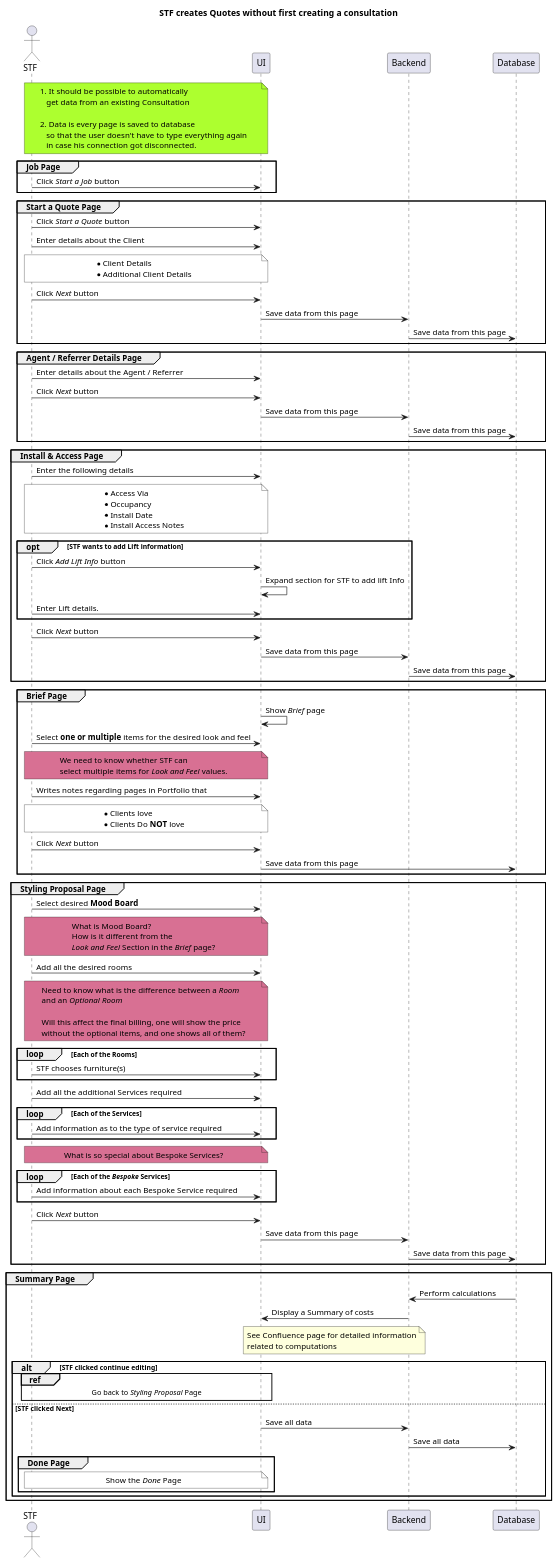
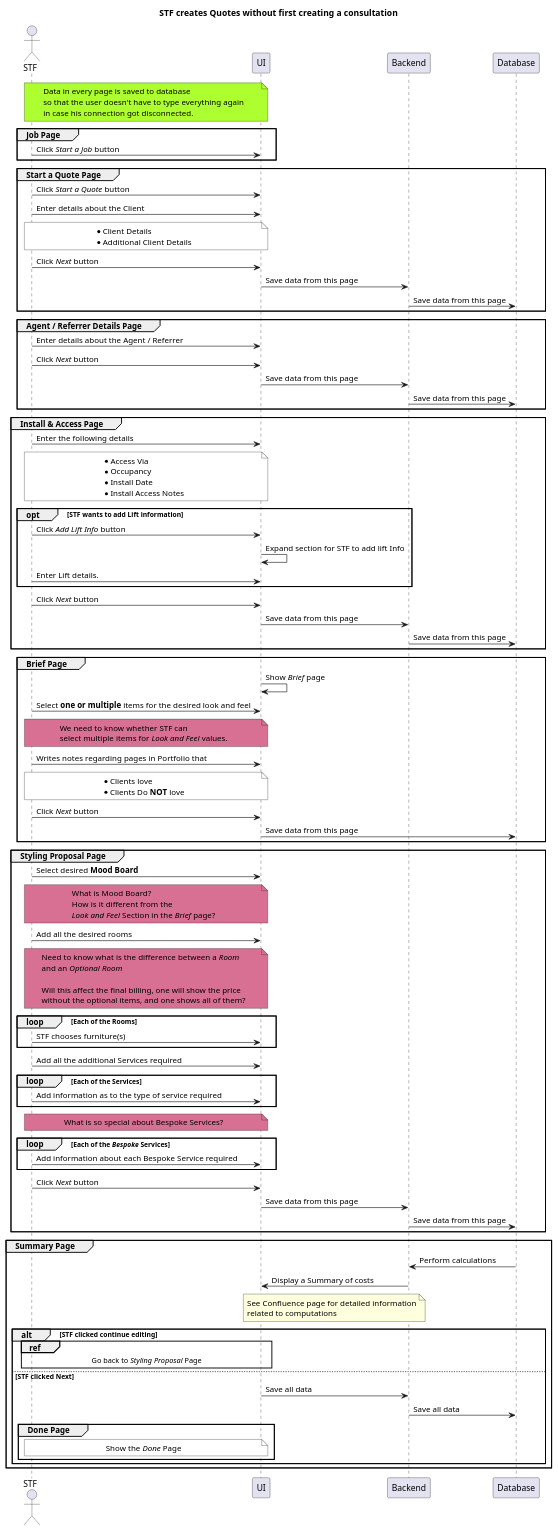
The diagram in STF/STF_CreateQuote_withoutConsultationFirst.pu (jpgacrama/NovariSpecs), drawn with PlantUML before and after one commit. The commit also changed 2 other files, not shown here.

Commit message:
master: Started to edit specs based on changes to flow

```diff
--- a/STF/STF_CreateQuote_withoutConsultationFirst.pu
+++ b/STF/STF_CreateQuote_withoutConsultationFirst.pu
@@ -3,149 +3,146 @@
 @startuml
 
     title STF creates Quotes without first creating a consultation
     
     actor "STF" as STF
     participant "UI" as UI
     participant "Backend" as Backend
     participant "Database" as Database
 
     note over STF, UI #GreenYellow
-        1. It should be possible to automatically
-           get data from an existing Consultation
-
-        2. Data is every page is saved to database
-           so that the user doesn't have to type everything again
-           in case his connection got disconnected.
+        Data in every page is saved to database
+        so that the user doesn't have to type everything again
+        in case his connection got disconnected.
     end note
 
     group Job Page 
         STF  -> UI: Click //Start a Job// button
     end group
     
     group Start a Quote Page
         STF -> UI: Click //Start a Quote// button
         STF -> UI: Enter details about the Client
 
         note over STF, UI #White
             * Client Details
             * Additional Client Details
         end note
 
         STF -> UI: Click //Next// button
         UI -> Backend: Save data from this page
         Backend -> Database: Save data from this page
     end group
 
     group Agent / Referrer Details Page
         STF -> UI: Enter details about the Agent / Referrer
         STF -> UI: Click //Next// button
         UI -> Backend: Save data from this page
         Backend -> Database: Save data from this page
     end group
 
     group Install & Access Page
         STF -> UI: Enter the following details
         note over STF, UI #White
             * Access Via
             * Occupancy 
             * Install Date
             * Install Access Notes
         end note
 
         opt STF wants to add Lift information
             STF -> UI: Click //Add Lift Info// button 
             UI -> UI: Expand section for STF to add lift Info
             STF -> UI: Enter Lift details.
         end
 
         STF -> UI: Click //Next// button
         UI -> Backend: Save data from this page
         Backend -> Database: Save data from this page
     end group
 
     group Brief Page
         UI -> UI: Show //Brief// page
         STF -> UI: Select **one or multiple** items for the desired look and feel
 
         note over STF, UI #PaleVioletRed
             We need to know whether STF can
             select multiple items for //Look and Feel// values.
         end note
         
         STF -> UI: Writes notes regarding pages in Portfolio that
         note over STF, UI #White
             * Clients love
             * Clients Do **NOT** love
         end note
 
         STF -> UI: Click //Next// button
         UI -> Database: Save data from this page
     end group
 
     group Styling Proposal Page
         STF -> UI: Select desired **Mood Board**
 
         note over STF, UI #PaleVioletRed
             What is Mood Board?
             How is it different from the
             //Look and Feel// Section in the //Brief// page?
         end note
 
         STF -> UI: Add all the desired rooms
 
         note over STF, UI #PaleVioletRed
             Need to know what is the difference between a //Room// 
             and an //Optional Room//
 
             Will this affect the final billing, one will show the price 
             without the optional items, and one shows all of them?
         end note
 
         loop Each of the Rooms
             STF -> UI: STF chooses furniture(s)
         end
 
         STF -> UI: Add all the additional Services required
 
         loop Each of the Services
             STF -> UI: Add information as to the type of service required
         end
 
         note over STF, UI #PaleVioletRed
             What is so special about Bespoke Services?
         end note
 
         loop Each of the //Bespoke// Services
             STF -> UI: Add information about each Bespoke Service required
         end note
 
         STF -> UI: Click //Next// button
         UI -> Backend: Save data from this page
         Backend -> Database: Save data from this page
     end group
 
     group Summary Page
         Database -> Backend: Perform calculations
         Backend -> UI: Display a Summary of costs
 
         note over UI, Backend
             See Confluence page for detailed information
             related to computations
         end note
 
         alt STF clicked continue editing
             ref over STF, UI
                 Go back to //Styling Proposal// Page
             end ref
         else STF clicked Next
             UI -> Backend: Save all data
             Backend -> Database: Save all data
             group Done Page
                 note over STF, UI #White
                     Show the //Done// Page
                 end note
             end group
         end
     end group
     
 @enduml
```
